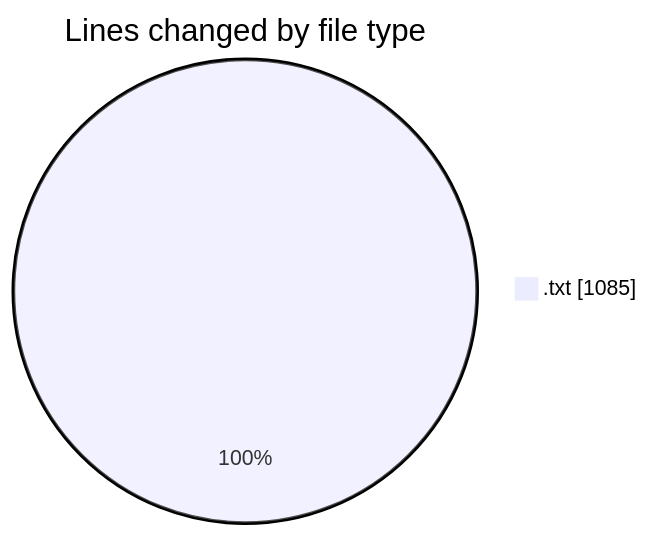
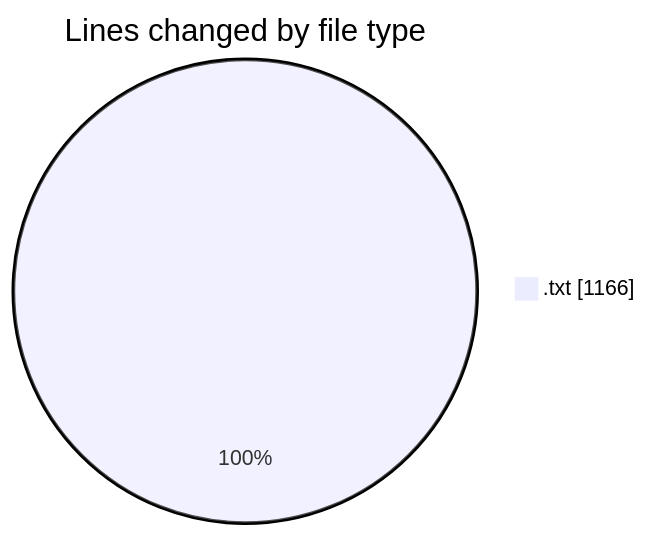
The first of 2 diagrams in 2026-11-23/cilapp/README.md (ricardozamudiocil/code-tracking), drawn with Mermaid before and after one commit. The commit also changed other lines of this file and 1 other file, not shown here.

````diff
--- a/2026-11-23/cilapp/README.md
+++ b/2026-11-23/cilapp/README.md
@@ -20,5 +20,5 @@
 ```mermaid
 pie showData
 title Lines changed by file type
-".txt" : 1085
+".txt" : 1166
 ```
````
